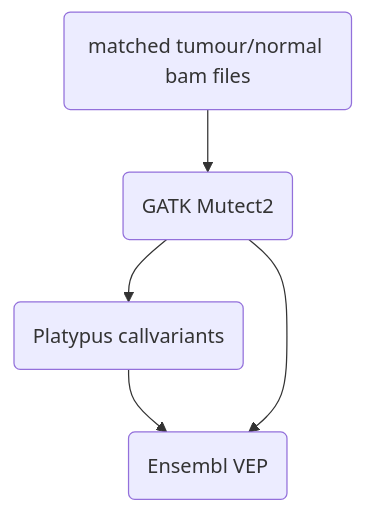
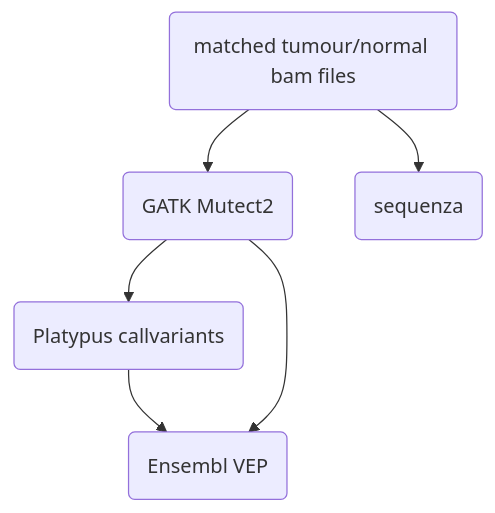
Before and after one commit to chelauk/nf-core-mutectplatypus: the diagram in docs/usage.md, drawn with Mermaid.

````diff
--- a/docs/usage.md
+++ b/docs/usage.md
@@ -8,8 +8,9 @@
 ```mermaid
 flowchart TD
 step1(matched tumour/normal bam files)
 step1 --> step2(GATK Mutect2)
+step1 --> step5(sequenza)
 step2 --> step3(Platypus callvariants)
 step3 --> step4(Ensembl VEP)
 step2 --> step4
 ```
````
